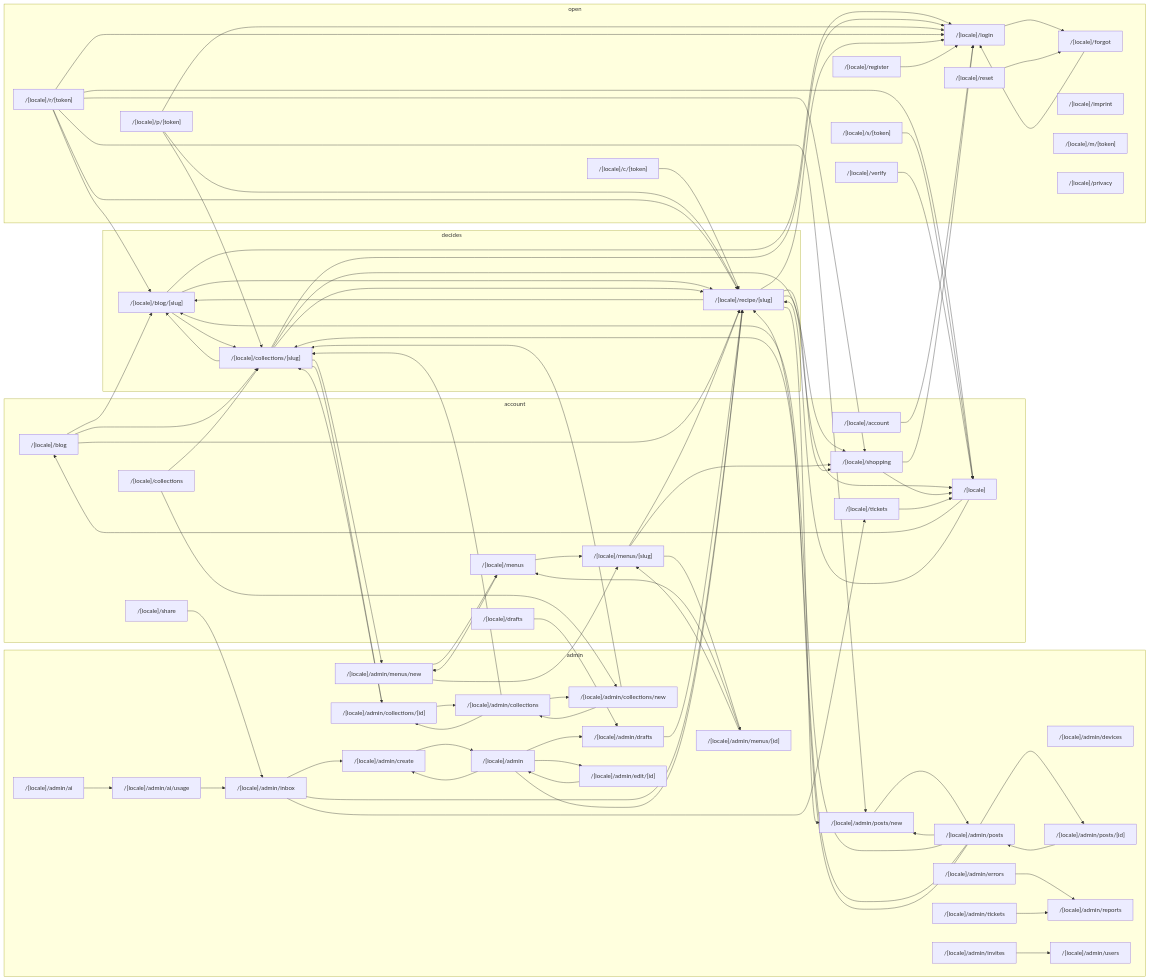
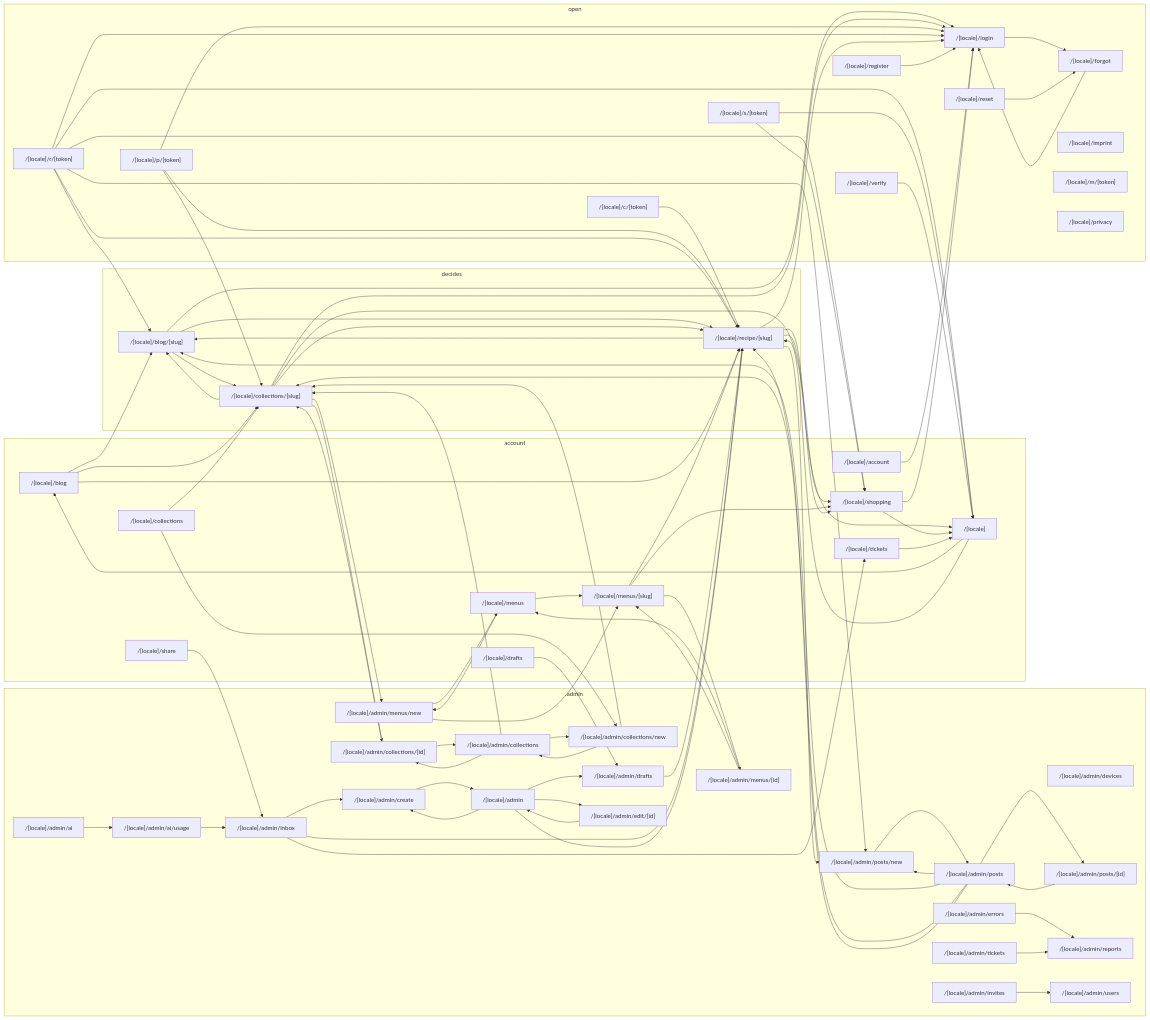
The first of 2 diagrams in docs/interaction-map.generated.md (morischumacher/moscookbook), drawn with Mermaid before and after one commit. The commit also changed other lines of this file and 20 other files, not shown here.

```diff
--- a/docs/interaction-map.generated.md
+++ b/docs/interaction-map.generated.md
@@ -329,6 +334,7 @@
   n__locale__register --> n__locale__login
   n__locale__reset --> n__locale__forgot
   n__locale__s__token_ --> n__locale_
+  n__locale__s__token_ --> n__locale__shopping
   n__locale__share --> n__locale__admin_inbox
   n__locale__shopping --> n__locale_
   n__locale__shopping --> n__locale__login
```
